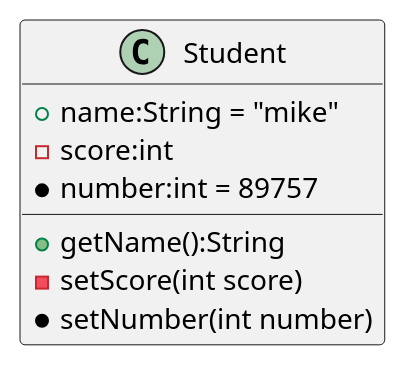
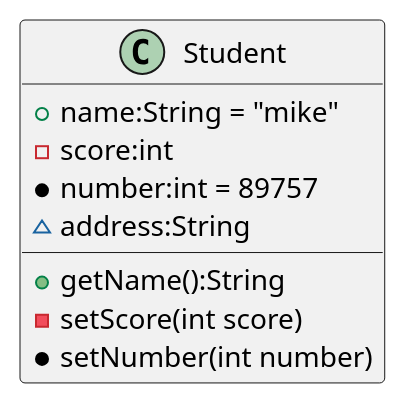
One commit to REBOOTERS/My-MVP changed the diagram in uml/Student.puml. Above: the diagram before and after it, drawn with PlantUML. The commit also changed 9 other files, not shown here.

```diff
--- a/uml/Student.puml
+++ b/uml/Student.puml
@@ -1,12 +1,13 @@
 @startuml
 class Student {
     + name:String = "mike"
     - score:int
     * number:int = 89757
+    ~ address:String
 
     + getName():String
     - setScore(int score)
     * setNumber(int number)
 }
 
 @enduml
```
